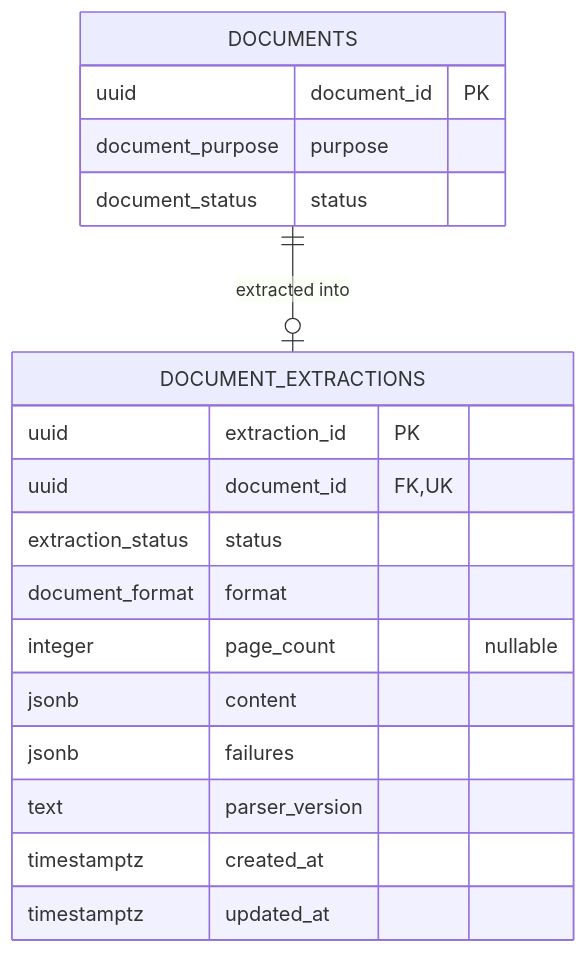
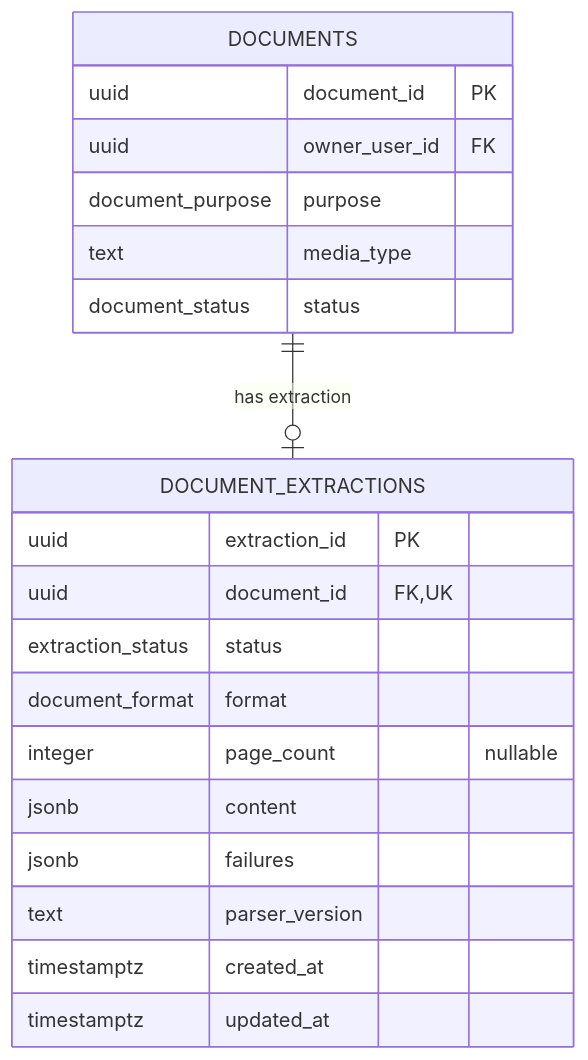
Before and after one commit to cv-parser-team/Backend: the second of 2 diagrams in docs/modules/parsing.md, drawn with Mermaid. The commit also changed other lines of this file and 30 other files, not shown here.

````diff
--- a/docs/modules/parsing.md
+++ b/docs/modules/parsing.md
@@ -427,22 +309,25 @@
 ```mermaid
 erDiagram
-    DOCUMENTS ||--o| DOCUMENT_EXTRACTIONS : "extracted into"
+    DOCUMENTS ||--o| DOCUMENT_EXTRACTIONS : "has extraction"
 
     DOCUMENTS {
         uuid document_id PK
+        uuid owner_user_id FK
         document_purpose purpose
+        text media_type
         document_status status
     }
+
     DOCUMENT_EXTRACTIONS {
         uuid extraction_id PK
         uuid document_id FK, UK
         extraction_status status
         document_format format
         integer page_count "nullable"
         jsonb content
         jsonb failures
         text parser_version
         timestamptz created_at
         timestamptz updated_at
     }
 ```
````
